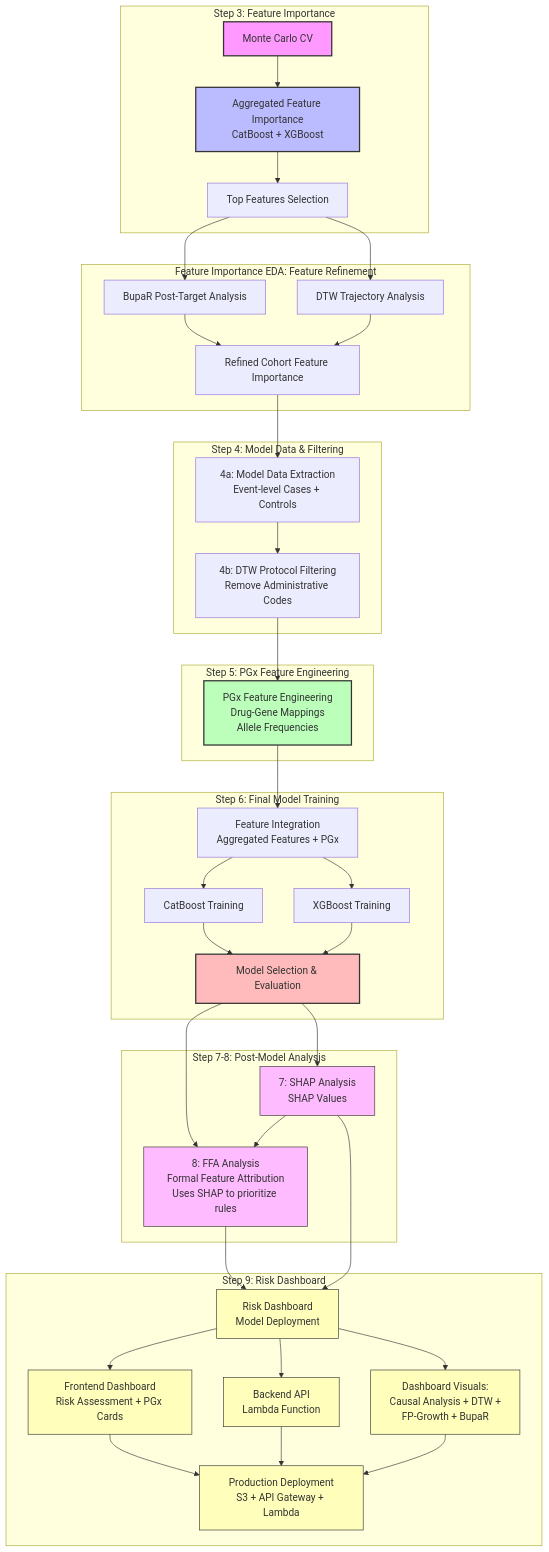
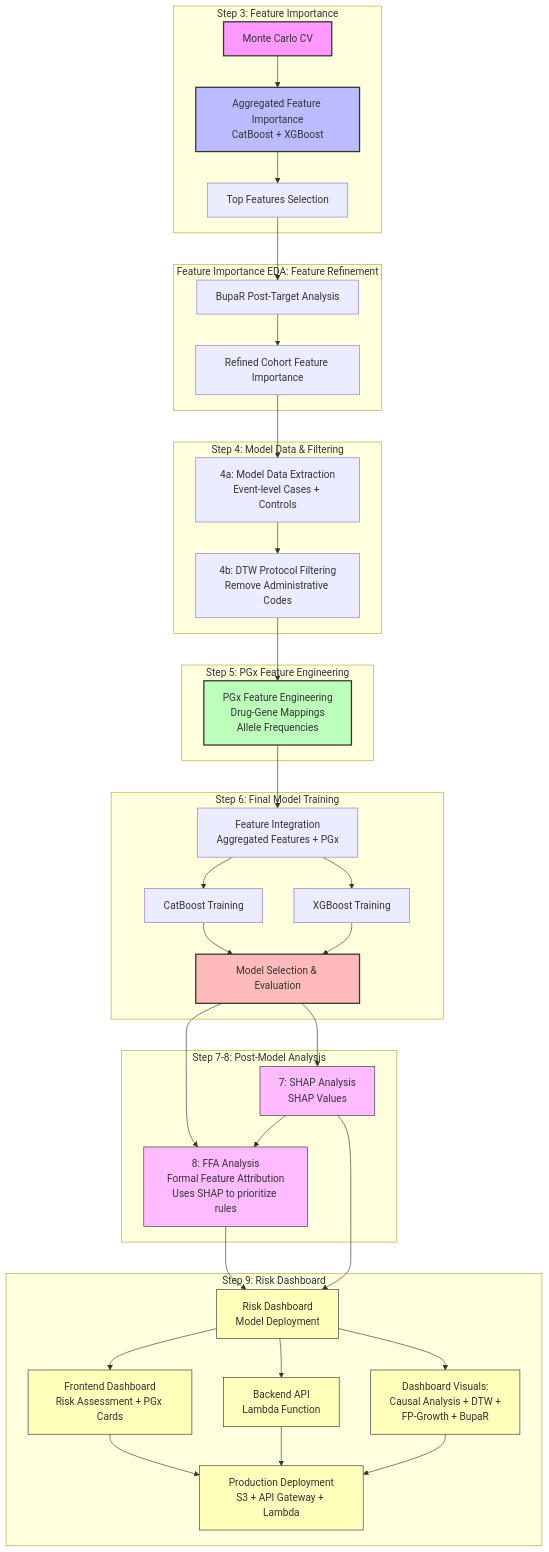
Before and after one commit to Jerome3590/pgx-analysis: the diagram in docs/README_analysis_workflow.md, drawn with Mermaid. The commit also changed other lines of this file and 1 other file, not shown here.

First line of the commit message:
Complete DTW documentation updates: clarify Step 4b protocol filtering vs Step 9 dashboard visualizations

````diff
--- a/docs/README_analysis_workflow.md
+++ b/docs/README_analysis_workflow.md
@@ -236,60 +241,58 @@
 ```mermaid
 flowchart TD
     subgraph "Step 3: Feature Importance"
         A[Monte Carlo CV] --> B[Aggregated Feature Importance<br/>CatBoost + XGBoost]
         B --> C[Top Features Selection]
     end
     
     subgraph "Feature Importance EDA: Feature Refinement"
         C --> C1[BupaR Post-Target Analysis]
-        C --> C2[DTW Trajectory Analysis]
         C1 --> C3[Refined Cohort Feature Importance]
-        C2 --> C3
     end
     
     subgraph "Step 4: Model Data & Filtering"
         C3 --> D[4a: Model Data Extraction<br/>Event-level Cases + Controls]
         D --> E[4b: DTW Protocol Filtering<br/>Remove Administrative Codes]
     end
     
     subgraph "Step 5: PGx Feature Engineering"
         E --> F[PGx Feature Engineering<br/>Drug-Gene Mappings<br/>Allele Frequencies]
     end
     
     subgraph "Step 6: Final Model Training"
         F --> G[Feature Integration<br/>Aggregated Features + PGx]
         G --> H[CatBoost Training]
         G --> I[XGBoost Training]
         H --> J[Model Selection & Evaluation]
         I --> J
     end
     
     subgraph "Step 7-8: Post-Model Analysis"
         J --> K[7: SHAP Analysis<br/>SHAP Values]
         J --> L[8: FFA Analysis<br/>Formal Feature Attribution<br/>Uses SHAP to prioritize rules]
         K --> L
     end
     
     subgraph "Step 9: Risk Dashboard"
         L --> N[Risk Dashboard<br/>Model Deployment]
         K --> N
         N --> N1[Frontend Dashboard<br/>Risk Assessment + PGx Cards]
         N --> N2[Backend API<br/>Lambda Function]
         N --> N3[Dashboard Visuals:<br/>Causal Analysis + DTW +<br/>FP-Growth + BupaR]
         N1 --> N4[Production Deployment<br/>S3 + API Gateway + Lambda]
         N2 --> N4
         N3 --> N4
     end
     
     style A fill:#f9f,stroke:#333,stroke-width:2px
     style B fill:#bbf,stroke:#333,stroke-width:2px
     style F fill:#bfb,stroke:#333,stroke-width:2px
     style J fill:#fbb,stroke:#333,stroke-width:2px
     style K fill:#fbf,stroke:#333,stroke-width:2px    %% SHAP Analysis
     style L fill:#fbf,stroke:#333,stroke-width:2px    %% FFA Analysis
     style N fill:#ffb,stroke:#333,stroke-width:2px    %% Risk Dashboard
     style N1 fill:#ffb,stroke:#333,stroke-width:2px    %% Frontend
     style N2 fill:#ffb,stroke:#333,stroke-width:2px    %% Backend
     style N3 fill:#ffb,stroke:#333,stroke-width:2px    %% Visualizations
     style N4 fill:#ffb,stroke:#333,stroke-width:2px    %% Deployment
 ```
````
